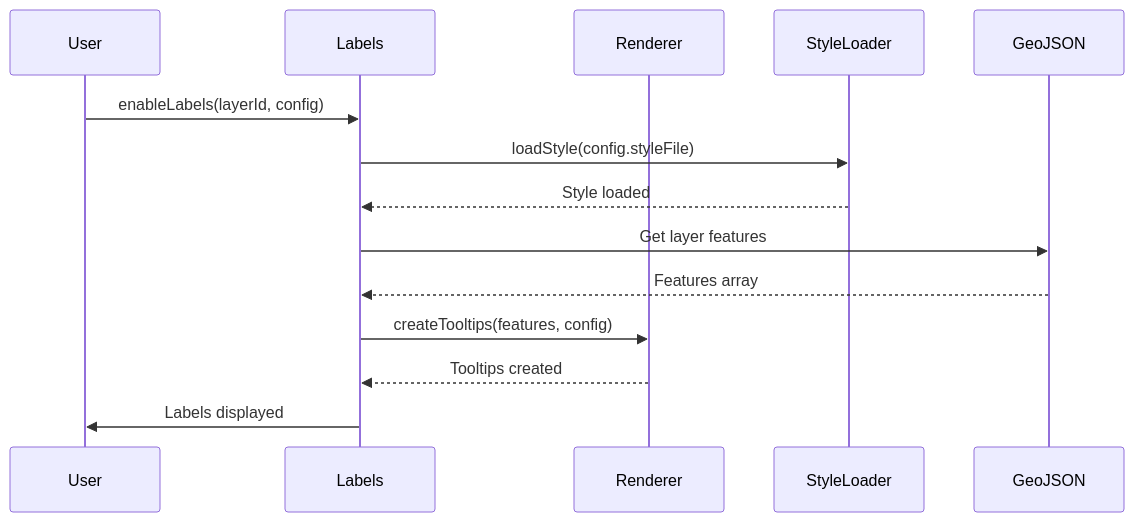
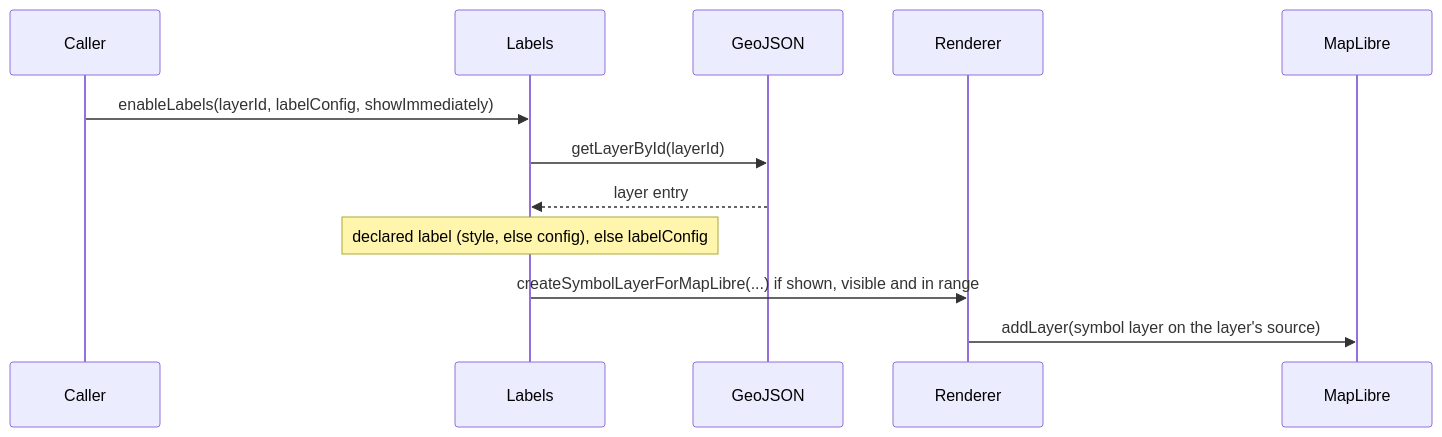
The diagram in packages/core/docs/labels/GeoLeaf_Labels_README.md (geoleaf/geoleaf-js), drawn with Mermaid before and after one commit. The commit also changed other lines of this file and 22 other files, not shown here.

````diff
--- a/packages/core/docs/labels/GeoLeaf_Labels_README.md
+++ b/packages/core/docs/labels/GeoLeaf_Labels_README.md
@@ -269,33 +328,15 @@
 ```mermaid
+sequenceDiagram
+    participant Caller
+    participant Labels
+    participant GeoJSON
+    participant Renderer
+    participant MapLibre
 
-sequenceDiagram
-
-    participant User
-
-    participant Labels
-
-    participant Renderer
-
-    participant StyleLoader
-
-    participant GeoJSON
-
-
-
-    User->>Labels: enableLabels(layerId, config)
-
-    Labels->>StyleLoader: loadStyle(config.styleFile)
-
-    StyleLoader-->>Labels: Style loaded
-
-    Labels->>GeoJSON: Get layer features
-
-    GeoJSON-->>Labels: Features array
-
-    Labels->>Renderer: createTooltips(features, config)
-
-    Renderer-->>Labels: Tooltips created
-
-    Labels->>User: Labels displayed
-
+    Caller->>Labels: enableLabels(layerId, labelConfig, showImmediately)
+    Labels->>GeoJSON: getLayerById(layerId)
+    GeoJSON-->>Labels: layer entry
+    Note over Labels: declared label (style, else config), else labelConfig
+    Labels->>Renderer: createSymbolLayerForMapLibre(...) if shown, visible and in range
+    Renderer->>MapLibre: addLayer(symbol layer on the layer's source)
 ```
````
